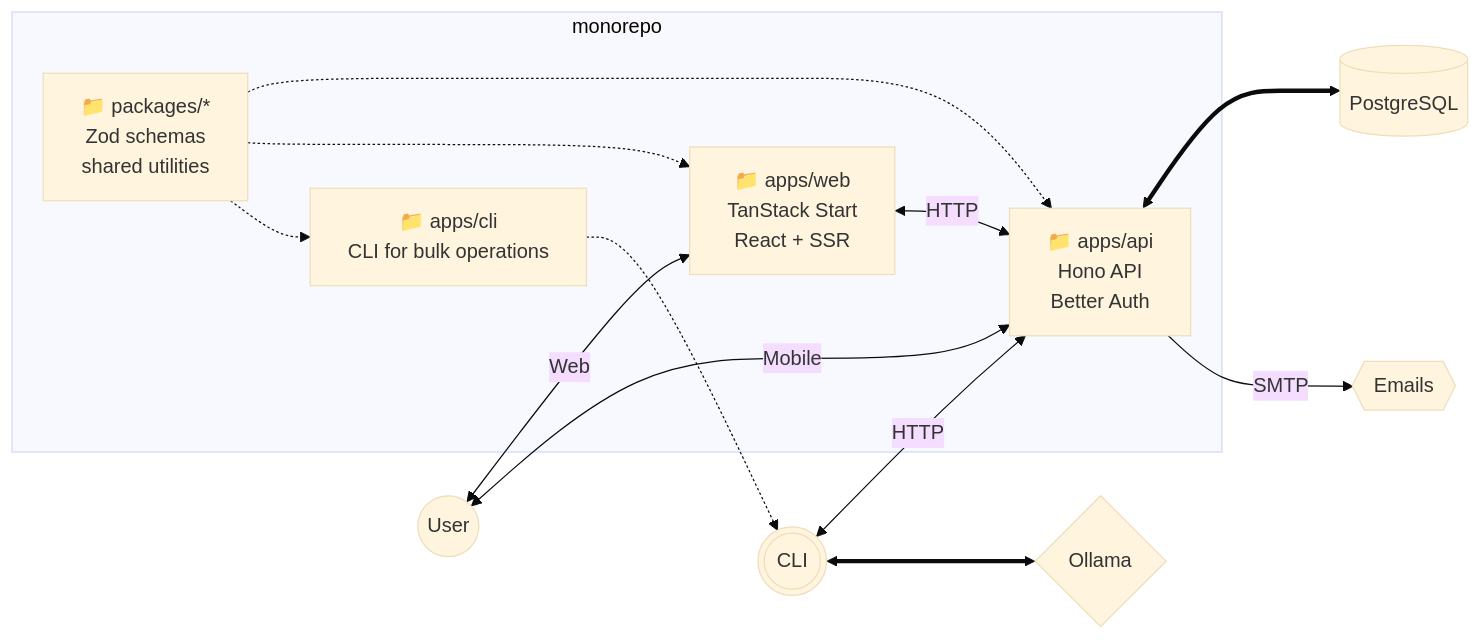
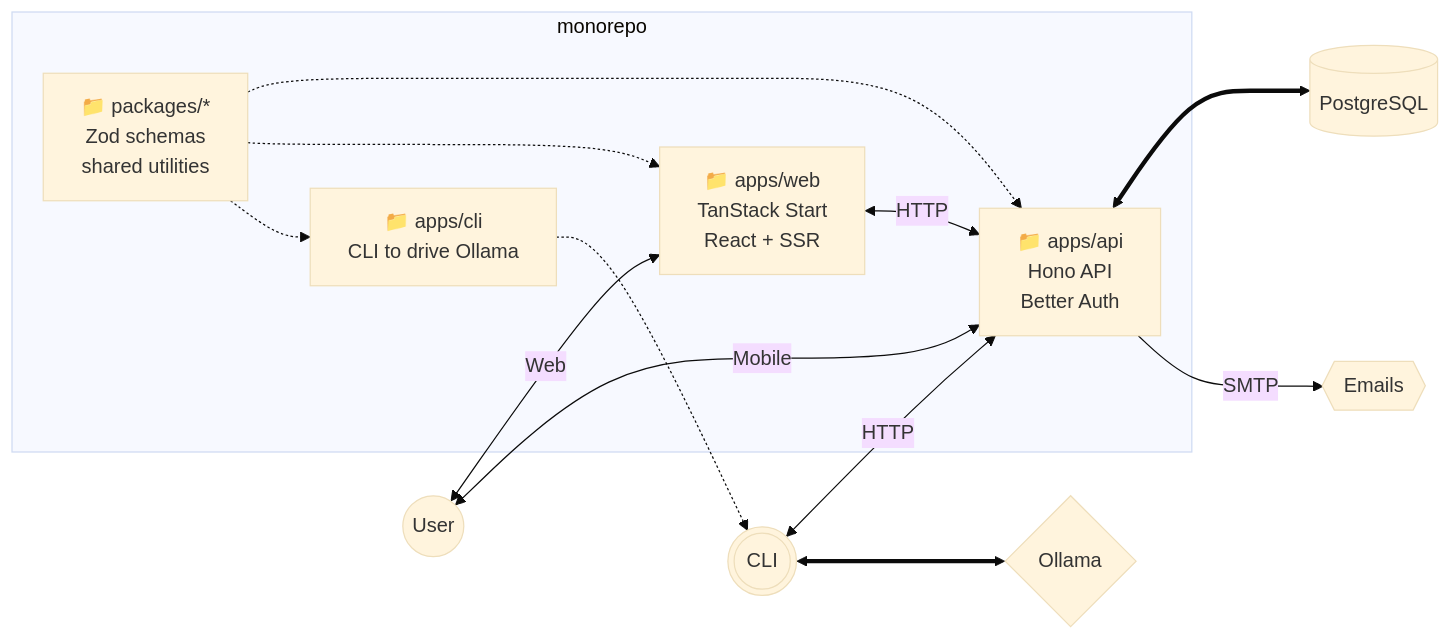
One commit to SubZtep/admin-starter changed the diagram in README.md. Above: the diagram before and after it, drawn with Mermaid (base theme). The commit also changed other lines of this file and 3 other files, not shown here.

````diff
--- a/README.md
+++ b/README.md
@@ -16,29 +20,29 @@
 ```mermaid
 flowchart LR
   subgraph "monorepo"
     A["📁 apps/api<br/>Hono API<br/>Better Auth"]
     W["📁 apps/web<br/>TanStack Start<br/>React + SSR"]
     P["📁 packages/*<br/>Zod schemas<br/>shared utilities"]
-    WW["📁 apps/cli<br/>CLI for bulk operations"]
+    WW["📁 apps/cli<br/>CLI to drive Ollama"]
   end
 
   U((User))
   UW(((CLI)))
   D[(PostgreSQL)]
   E{{Emails}}
   O{Ollama}
 
   P -.-> A
   P -.-> W
   P -.-> WW
 
   U <-->|Web| W
   U <-->|Mobile| A
   UW <-->|HTTP| A
   UW <==> O
   WW -.-> UW
 
   W <-->|HTTP| A
   A <==> D
   A -->|SMTP| E
 ```
````
